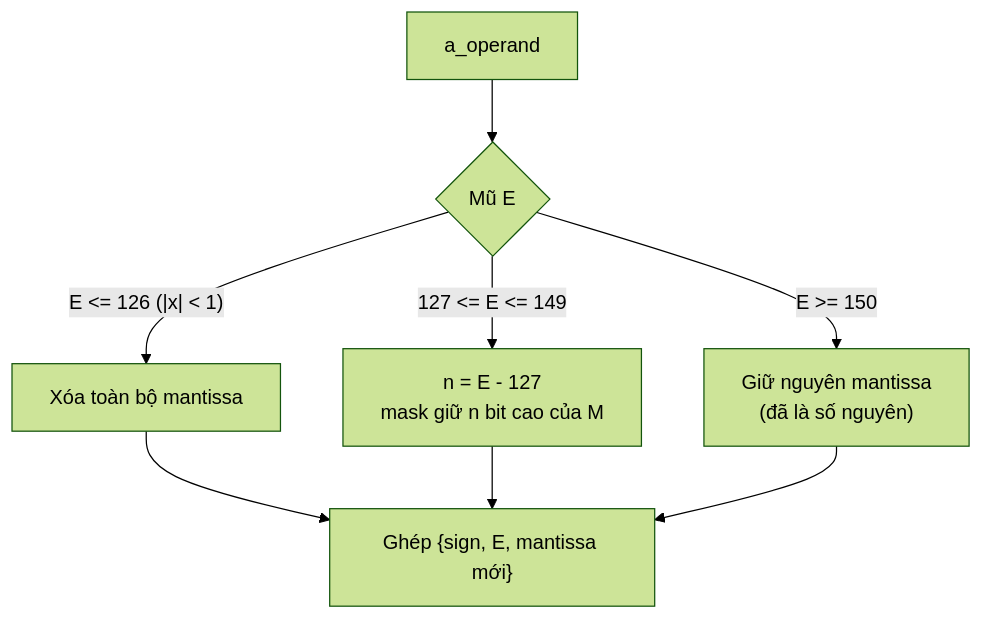
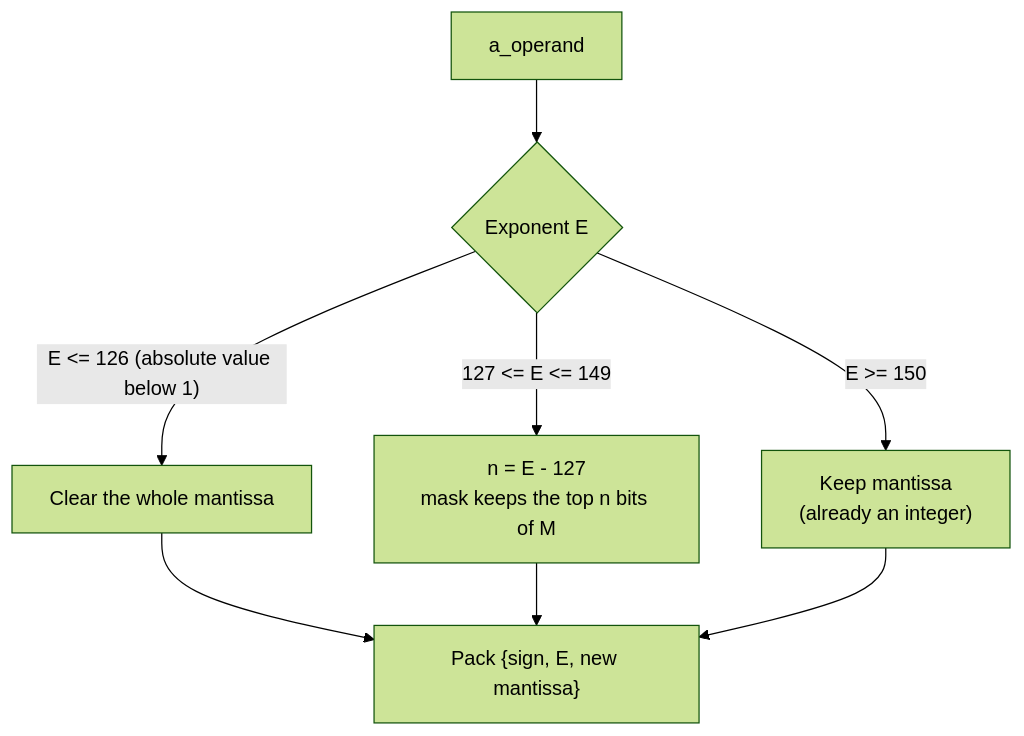
The sixth of 6 diagrams in README.md (tdviet2011/ALU-PLOATING-POINT), drawn with Mermaid (forest theme) before and after one commit. The commit also changed other lines of this file and 9 other files, not shown here.

````diff
--- a/README.md
+++ b/README.md
@@ -153,10 +162,10 @@
 ```mermaid
 flowchart TD
-    IN["a_operand"] --> E{"Mũ E"}
-    E -->|"E <= 126 (|x| < 1)"| Z["Xóa toàn bộ mantissa"]
-    E -->|"127 <= E <= 149"| MASK["n = E - 127<br/>mask giữ n bit cao của M"]
-    E -->|"E >= 150"| KEEP["Giữ nguyên mantissa<br/>(đã là số nguyên)"]
-    Z --> PACK["Ghép {sign, E, mantissa mới}"]
+    IN["a_operand"] --> E{"Exponent E"}
+    E -->|"E <= 126 (absolute value below 1)"| Z["Clear the whole mantissa"]
+    E -->|"127 <= E <= 149"| MASK["n = E - 127<br/>mask keeps the top n bits of M"]
+    E -->|"E >= 150"| KEEP["Keep mantissa<br/>(already an integer)"]
+    Z --> PACK["Pack {sign, E, new mantissa}"]
     MASK --> PACK
     KEEP --> PACK
 ```
````
